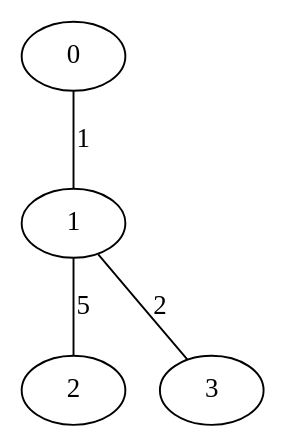
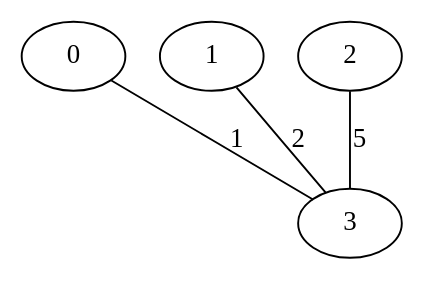
Before and after one commit to nand1nha/Tecnica-de-programacao-avancada: the diagram in grafo-com-peso/arvoreGeradoraMinima.dot, drawn with Graphviz. The commit also changed 8 other files, not shown here.

```diff
--- a/grafo-com-peso/arvoreGeradoraMinima.dot
+++ b/grafo-com-peso/arvoreGeradoraMinima.dot
@@ -1,9 +1,9 @@
 graph G {
   0;
   1;
   2;
   3;
-  0 -- 1 [label=1,weight=1];
+  0 -- 3 [label=1,weight=1];
   1 -- 3 [label=2,weight=2];
-  1 -- 2 [label=5,weight=5];
+  2 -- 3 [label=5,weight=5];
 }
```
